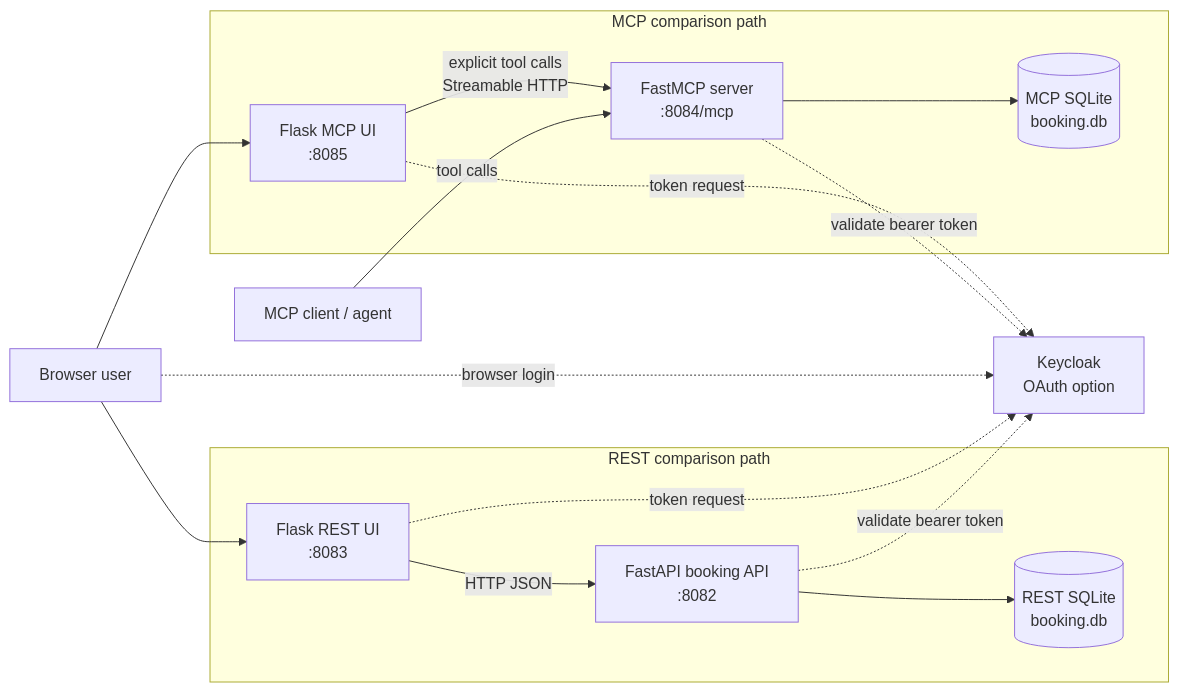
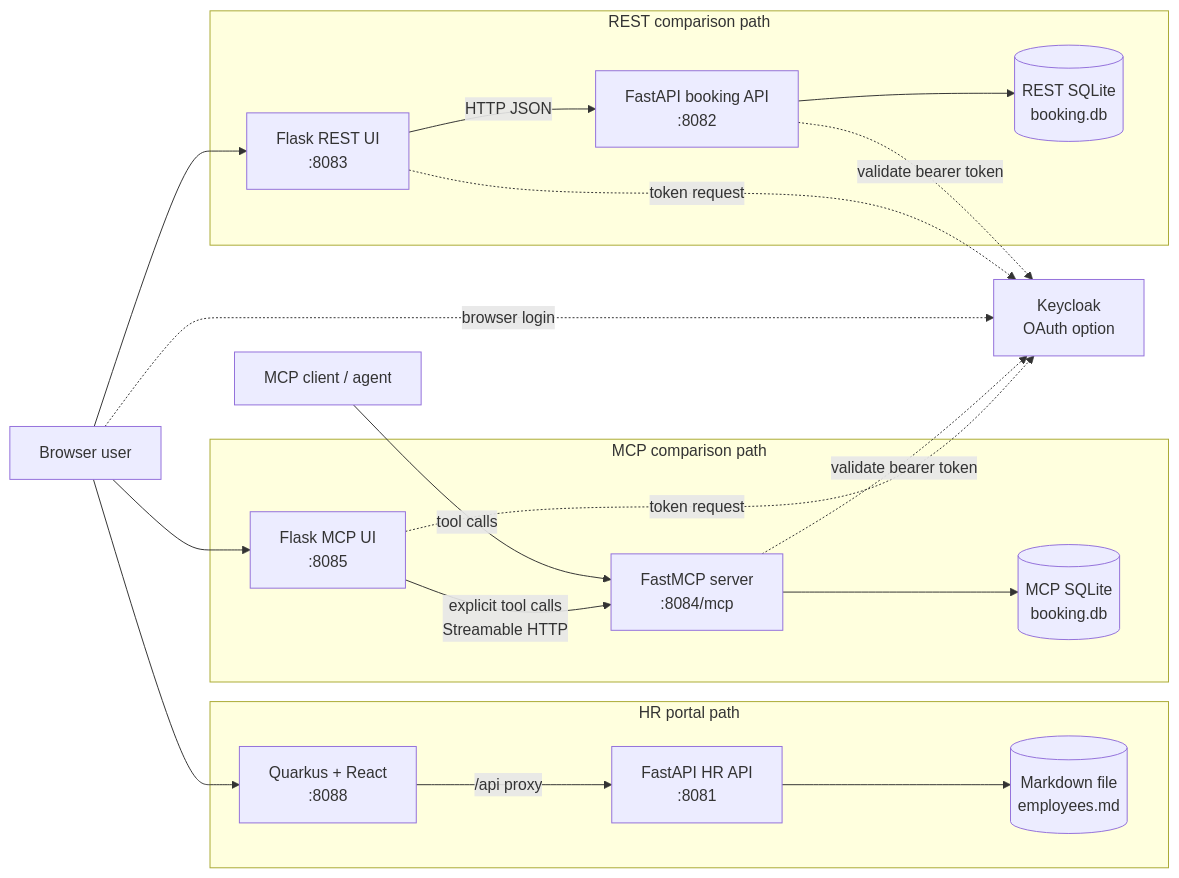
The diagram in ARCHITECTURE.md (thomassuedbroecker/galaxium-travels-infrastructure-tsuedbro), drawn with Mermaid before and after one commit. The commit also changed other lines of this file and 13 other files, not shown here.

````diff
--- a/ARCHITECTURE.md
+++ b/ARCHITECTURE.md
@@ -33,29 +33,37 @@
 ```mermaid
 flowchart LR
     traveler["Browser user"]
     client["MCP client / agent"]
     keycloak["Keycloak<br/>OAuth option"]
 
     subgraph rest["REST comparison path"]
         rest_ui["Flask REST UI<br/>:8083"]
         rest_api["FastAPI booking API<br/>:8082"]
         rest_db[("REST SQLite<br/>booking.db")]
         rest_ui -->|"HTTP JSON"| rest_api --> rest_db
     end
 
     subgraph mcp["MCP comparison path"]
         mcp_ui["Flask MCP UI<br/>:8085"]
         mcp_server["FastMCP server<br/>:8084/mcp"]
         mcp_db[("MCP SQLite<br/>booking.db")]
         mcp_ui -->|"explicit tool calls<br/>Streamable HTTP"| mcp_server --> mcp_db
     end
 
+    subgraph hr["HR portal path"]
+        hr_frontend["Quarkus + React<br/>:8088"]
+        hr_api["FastAPI HR API<br/>:8081"]
+        hr_data[("Markdown file<br/>employees.md")]
+        hr_frontend -->|"/api proxy"| hr_api --> hr_data
+    end
+
     traveler --> rest_ui
     traveler --> mcp_ui
+    traveler --> hr_frontend
     client -->|"tool calls"| mcp_server
     traveler -. "browser login" .-> keycloak
     rest_ui -. "token request" .-> keycloak
     mcp_ui -. "token request" .-> keycloak
     rest_api -. "validate bearer token" .-> keycloak
     mcp_server -. "validate bearer token" .-> keycloak
 ```
````
